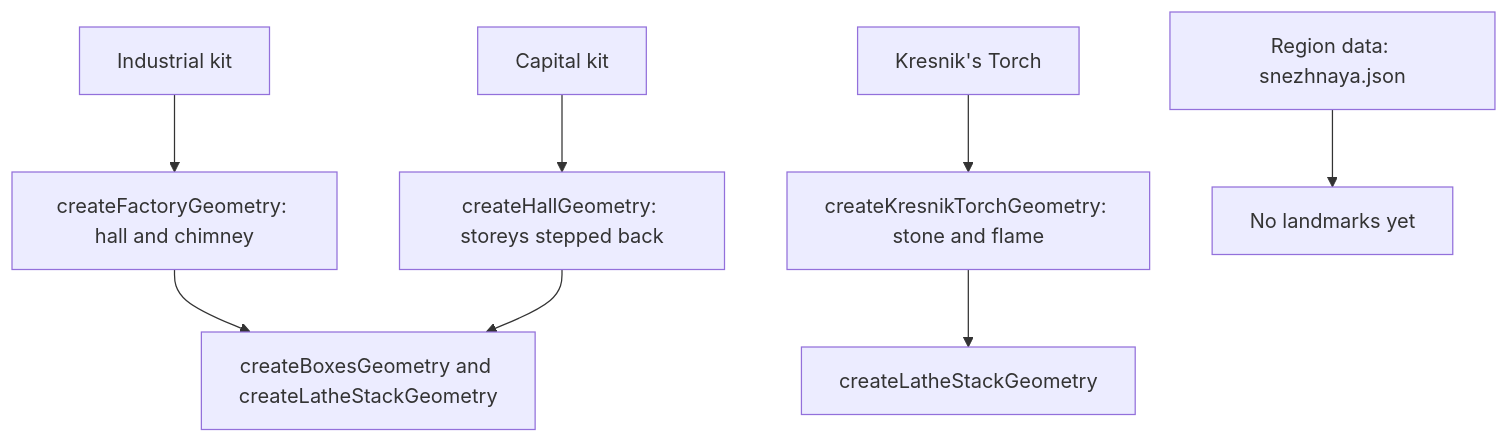
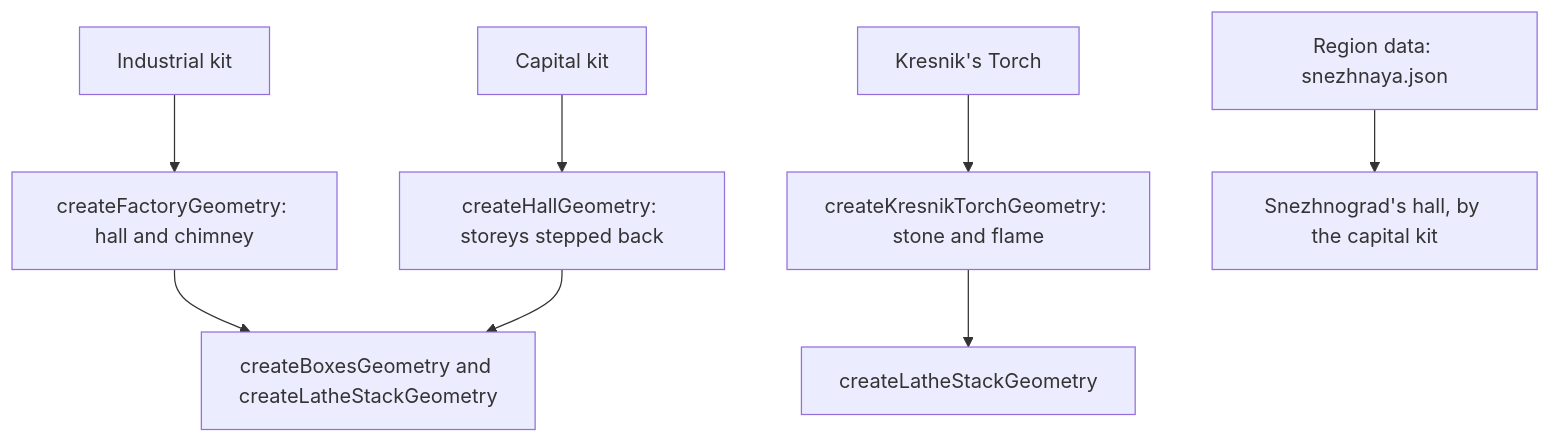
Before and after one commit to Esposter/Esposter: the diagram in apps/web/content/docs/genshin/snezhnaya.md, drawn with Mermaid. The commit also changed other lines of this file and 16 other files, not shown here.

````diff
--- a/apps/web/content/docs/genshin/snezhnaya.md
+++ b/apps/web/content/docs/genshin/snezhnaya.md
@@ -12,10 +12,10 @@
 ```mermaid
 flowchart TD
   IK[Industrial kit] --> FA[createFactoryGeometry: hall and chimney]
   CK[Capital kit] --> HA[createHallGeometry: storeys stepped back]
   TK[Kresnik's Torch] --> TG[createKresnikTorchGeometry: stone and flame]
   FA --> BX[createBoxesGeometry and createLatheStackGeometry]
   HA --> BX
   TG --> LS[createLatheStackGeometry]
-  RD[Region data: snezhnaya.json] --> NL[No landmarks yet]
+  RD[Region data: snezhnaya.json] --> NL[Snezhnograd's hall, by the capital kit]
 ```
````
